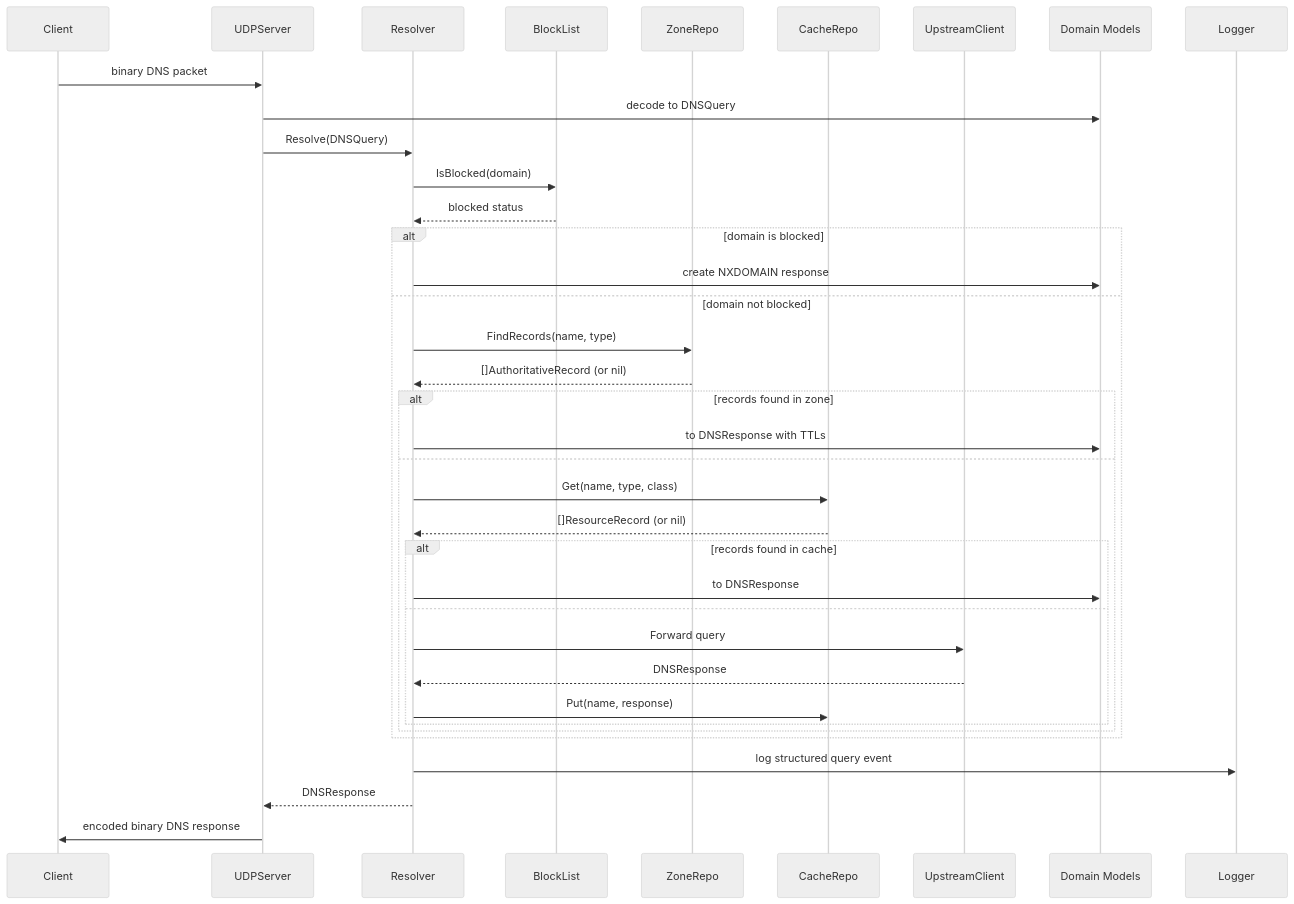
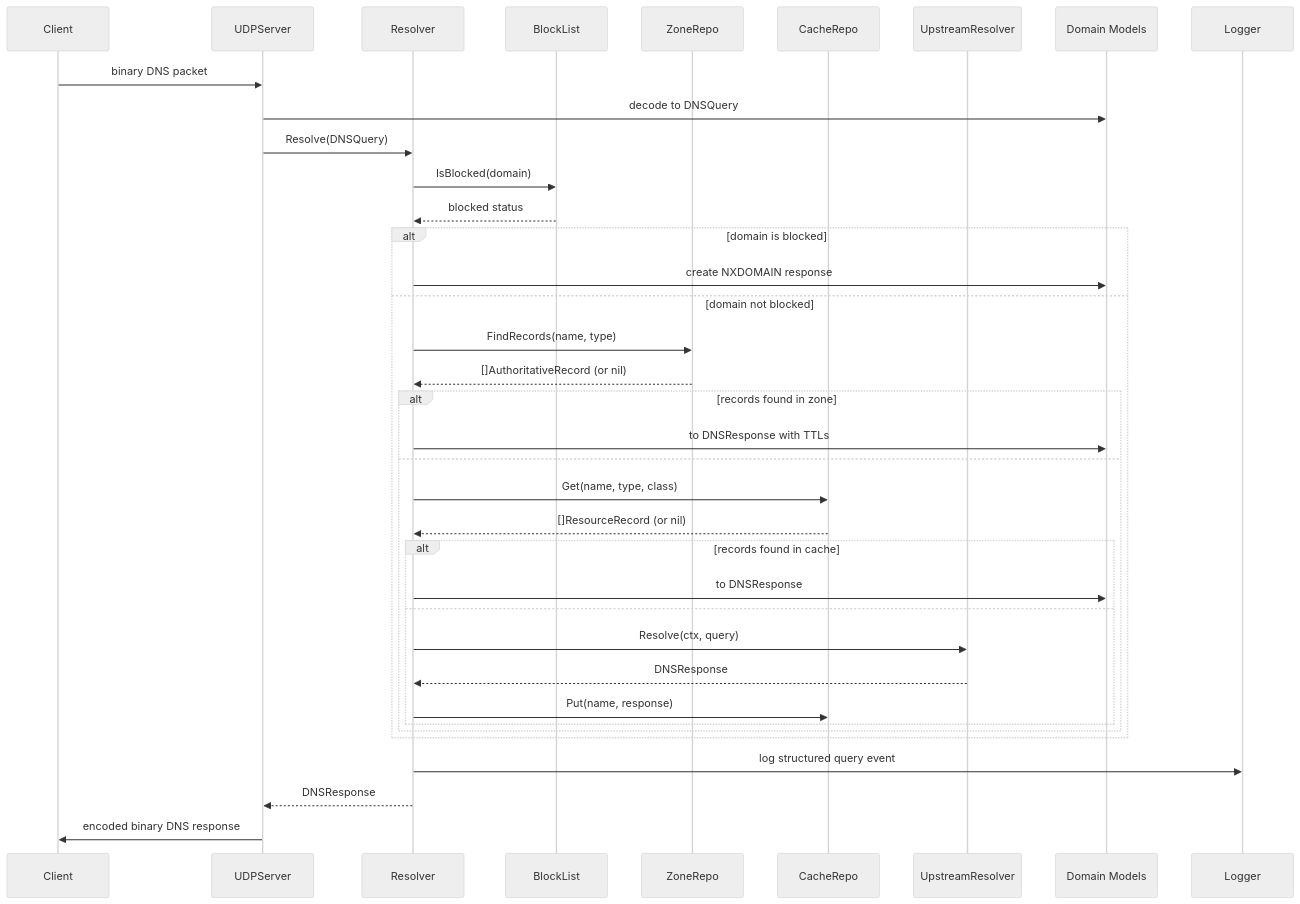
Before and after one commit to haukened/rr-dns: the seventh of 9 diagrams in docs/arc42.md, drawn with Mermaid (neutral theme). The commit also changed other lines of this file, not shown here.

Commit message:
refactor(docs): update arc42.md for clarity and detail on DNS resolver functionality

````diff
--- a/docs/arc42.md
+++ b/docs/arc42.md
@@ -490,43 +511,43 @@
 ```mermaid
 sequenceDiagram
     participant Client
     participant UDPServer
     participant Resolver
     participant BlockList
     participant ZoneRepo
     participant CacheRepo
-    participant UpstreamClient
+    participant UpstreamResolver
     participant Domain as Domain Models
 
     Client->>UDPServer: binary DNS packet
     UDPServer->>Domain: decode to DNSQuery
     UDPServer->>Resolver: Resolve(DNSQuery)
 
     Resolver->>BlockList: IsBlocked(domain)
     BlockList-->>Resolver: blocked status
     
     alt domain is blocked
         Resolver->>Domain: create NXDOMAIN response
     else domain not blocked
         Resolver->>ZoneRepo: FindRecords(name, type)
         ZoneRepo-->>Resolver: []AuthoritativeRecord (or nil)
 
         alt records found in zone
             Resolver->>Domain: to DNSResponse with TTLs
         else
             Resolver->>CacheRepo: Get(name, type, class)
             CacheRepo-->>Resolver: []ResourceRecord (or nil)
             alt records found in cache
                 Resolver->>Domain: to DNSResponse
             else
-                Resolver->>UpstreamClient: Forward query
-                UpstreamClient-->>Resolver: DNSResponse
+                Resolver->>UpstreamResolver: Resolve(ctx, query)
+                UpstreamResolver-->>Resolver: DNSResponse
                 Resolver->>CacheRepo: Put(name, response)
             end
         end
     end
 
     Resolver->>Logger: log structured query event
     Resolver-->>UDPServer: DNSResponse
     UDPServer->>Client: encoded binary DNS response
 ```
````
